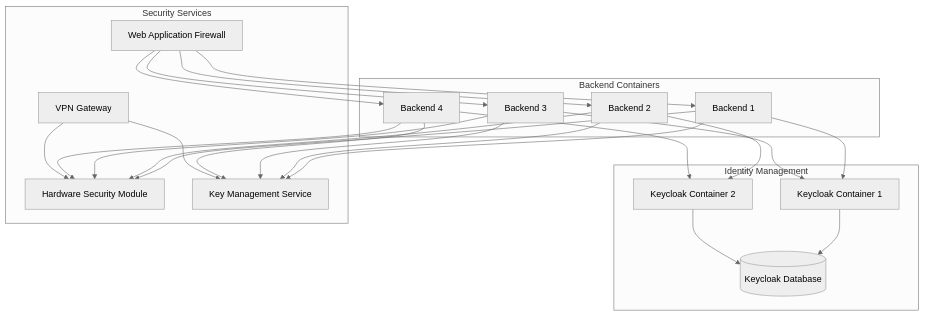
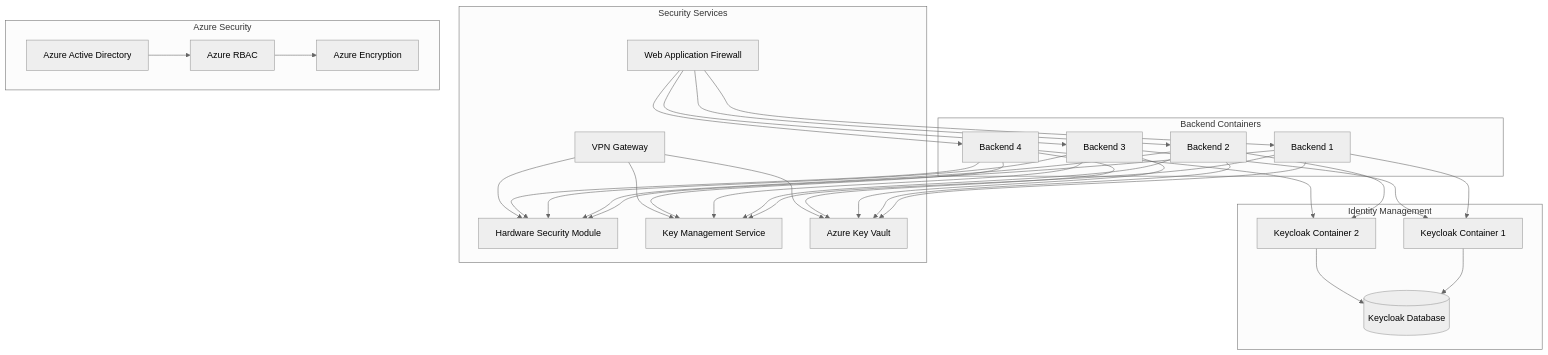
The tenth of 12 diagrams in UML_4PLUS1_ARCHITECTURE_DOCUMENTATION.md (gitmujoshi/Confidential-AI-Network), drawn with Mermaid (neutral theme) before and after one commit. The commit also changed other lines of this file and 2 other files, not shown here.

First line of the commit message:
docs: Update architecture documentation with Azure integration features

````diff
--- a/UML_4PLUS1_ARCHITECTURE_DOCUMENTATION.md
+++ b/UML_4PLUS1_ARCHITECTURE_DOCUMENTATION.md
@@ -835,48 +680,64 @@
 ```mermaid
 graph TB
     subgraph "Backend Containers"
         BE1[Backend 1]
         BE2[Backend 2]
         BE3[Backend 3]
         BE4[Backend 4]
     end
     
     subgraph "Identity Management"
         KC1[Keycloak Container 1]
         KC2[Keycloak Container 2]
         KC_DB[(Keycloak Database)]
     end
     
     subgraph "Security Services"
         WAF[Web Application Firewall]
         VPN[VPN Gateway]
         HSM[Hardware Security Module]
         KMS[Key Management Service]
+        AzureKV[Azure Key Vault]
+    end
+    
+    subgraph "Azure Security"
+        AzureAD[Azure Active Directory]
+        AzureRBAC[Azure RBAC]
+        AzureEncryption[Azure Encryption]
     end
     
     BE1 --> KC1
     BE2 --> KC2
     BE3 --> KC1
     BE4 --> KC2
     
     KC1 --> KC_DB
     KC2 --> KC_DB
     
     BE1 --> HSM
     BE2 --> HSM
     BE3 --> HSM
     BE4 --> HSM
     
     BE1 --> KMS
     BE2 --> KMS
     BE3 --> KMS
     BE4 --> KMS
     
+    BE1 --> AzureKV
+    BE2 --> AzureKV
+    BE3 --> AzureKV
+    BE4 --> AzureKV
+    
     WAF --> BE1
     WAF --> BE2
     WAF --> BE3
     WAF --> BE4
     
     VPN --> HSM
     VPN --> KMS
+    VPN --> AzureKV
+    
+    AzureAD --> AzureRBAC
+    AzureRBAC --> AzureEncryption
 ```
````
